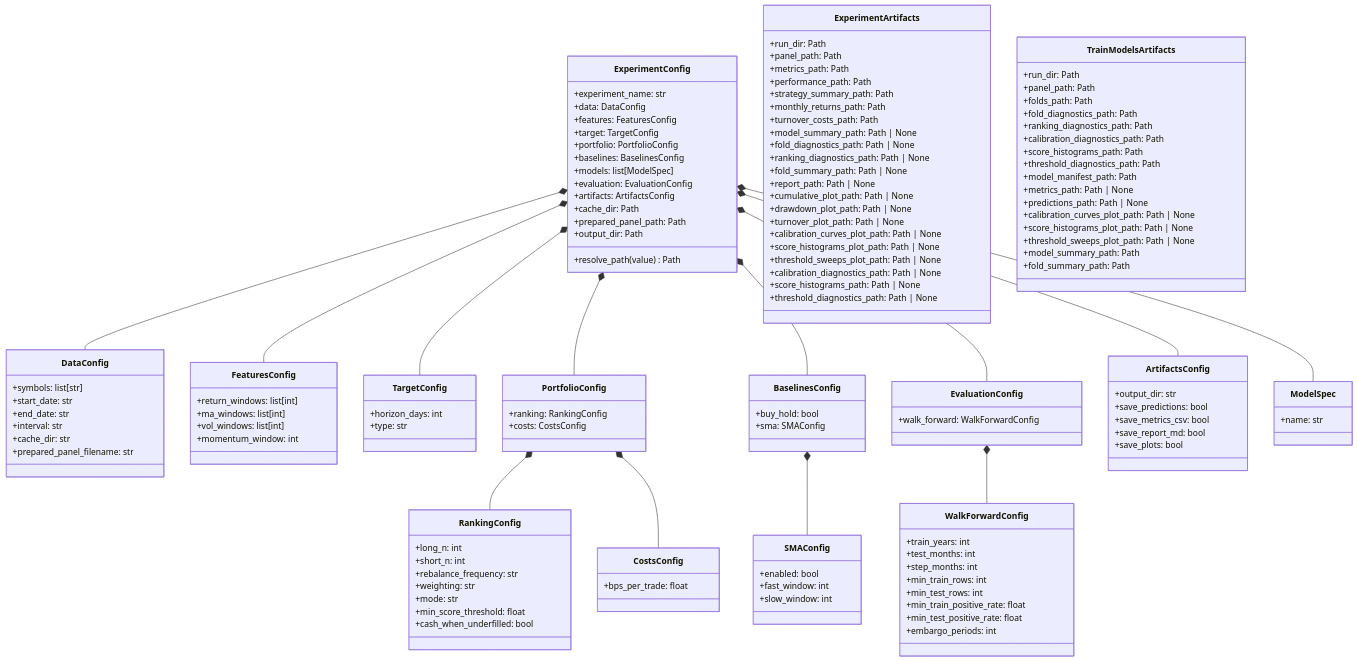
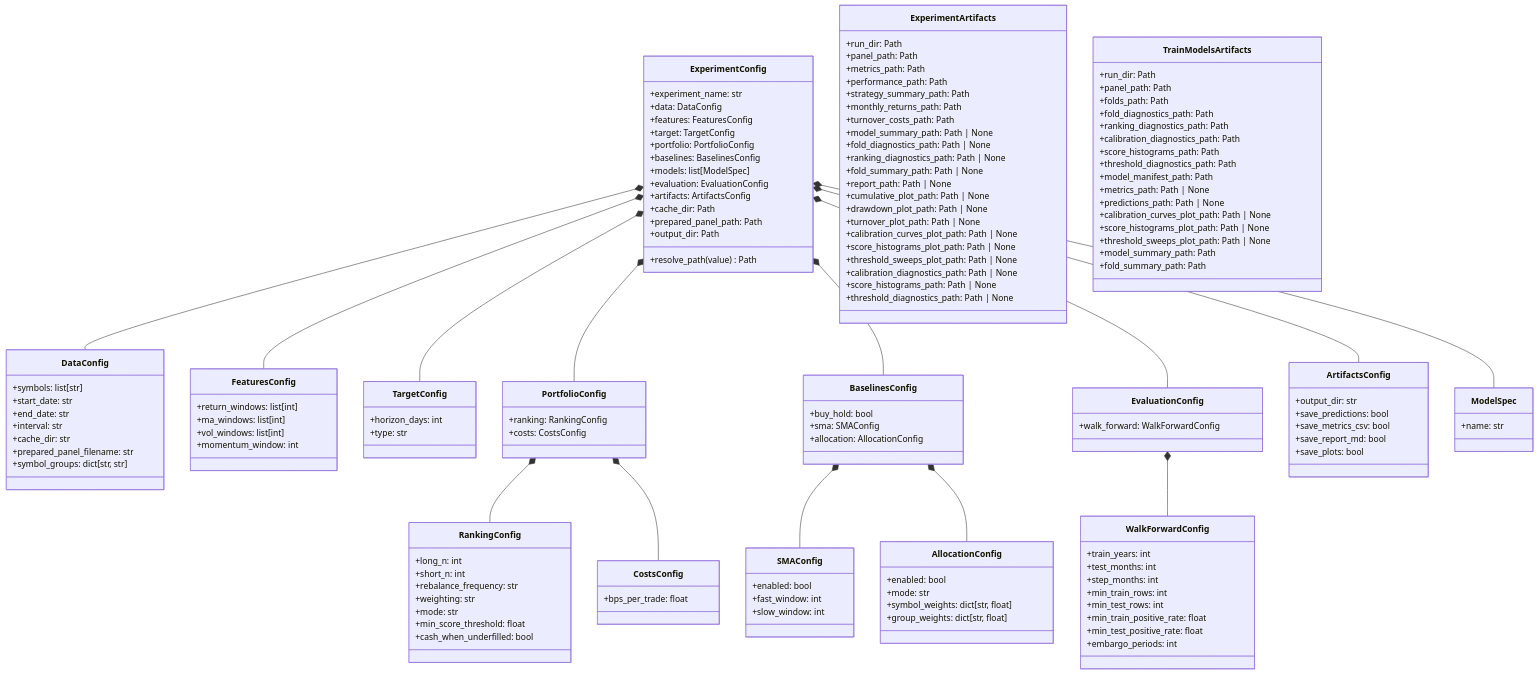
Before and after one commit to ricardogr07/market-lab: the sixth of 6 diagrams in docs/architecture.md, drawn with Mermaid. The commit also changed other lines of this file and 8 other files, not shown here.

First line of the commit message:
feat: add config-defined allocation baselines (#45)

````diff
--- a/docs/architecture.md
+++ b/docs/architecture.md
@@ -278,6 +280,7 @@
       +interval: str
       +cache_dir: str
       +prepared_panel_filename: str
+      +symbol_groups: dict[str, str]
     }
 
     class FeaturesConfig {
@@ -314,6 +317,7 @@
     class BaselinesConfig {
       +buy_hold: bool
       +sma: SMAConfig
+      +allocation: AllocationConfig
     }
 
     class SMAConfig {
@@ -322,6 +326,12 @@
       +slow_window: int
     }
 
+    class AllocationConfig {
+      +enabled: bool
+      +mode: str
+      +symbol_weights: dict[str, float]
+      +group_weights: dict[str, float]
+    }
     class EvaluationConfig {
       +walk_forward: WalkForwardConfig
     }
@@ -403,5 +413,6 @@
     PortfolioConfig *-- RankingConfig
     PortfolioConfig *-- CostsConfig
     BaselinesConfig *-- SMAConfig
+    BaselinesConfig *-- AllocationConfig
     EvaluationConfig *-- WalkForwardConfig
 ```
````
